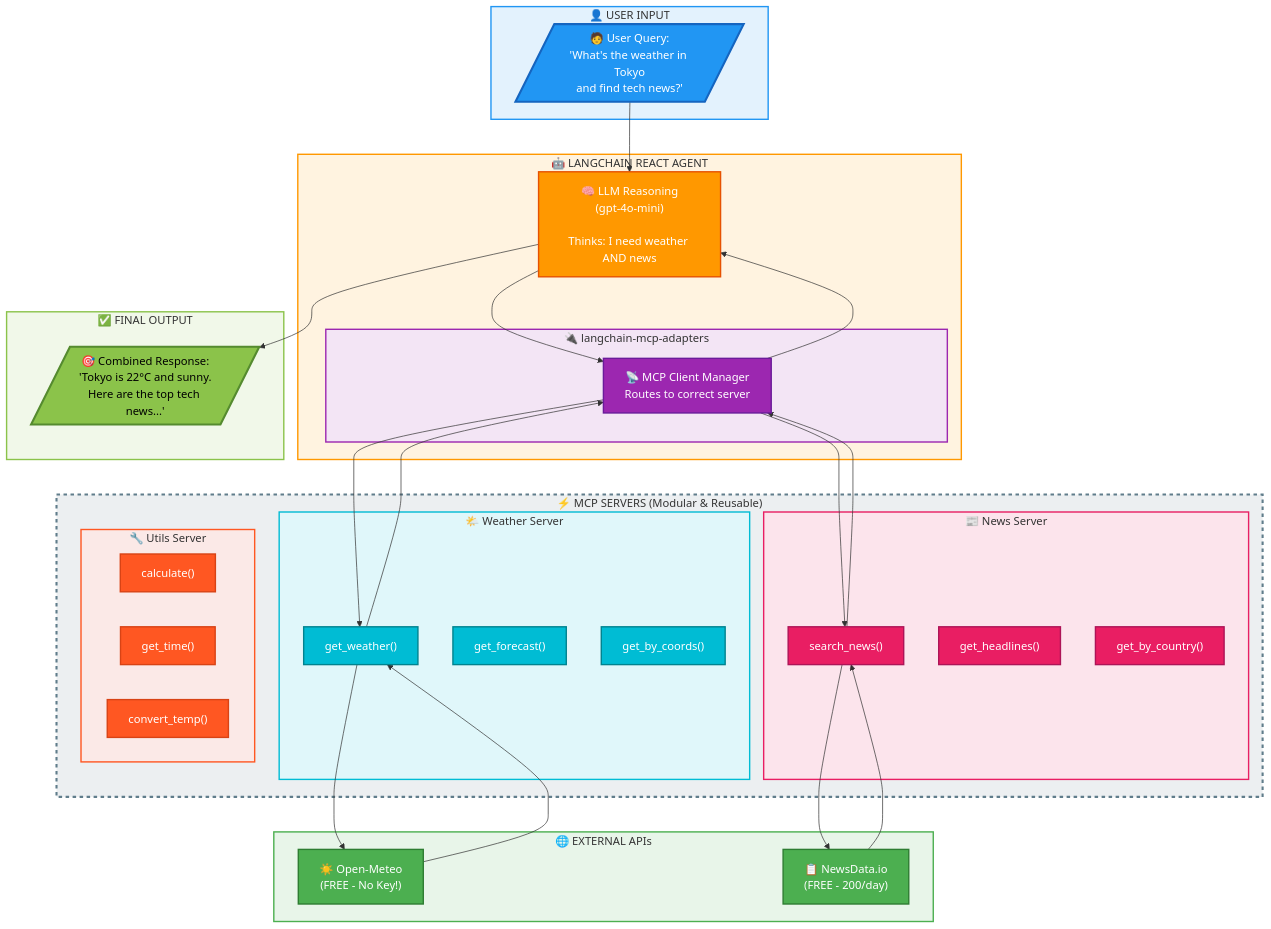
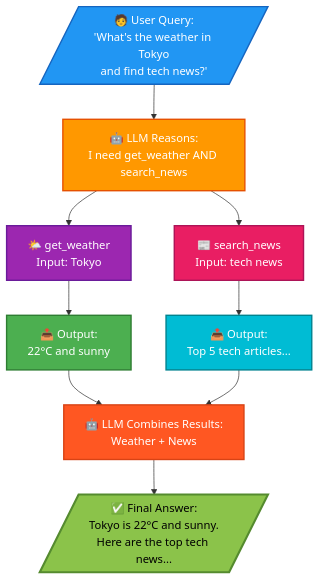
The diagram in langChain_MCP/README.md (premkumarkora/LangChain), drawn with Mermaid before and after one commit. The commit also changed other lines of this file, not shown here.

````diff
--- a/langChain_MCP/README.md
+++ b/langChain_MCP/README.md
@@ -293,89 +293,29 @@
 ```mermaid
 flowchart TD
-    subgraph USER["👤 USER INPUT"]
-        A[/"🧑 User Query:<br/>'What's the weather in Tokyo<br/>and find tech news?'"/]
-    end
-
-    subgraph AGENT["🤖 LANGCHAIN REACT AGENT"]
-        B["🧠 LLM Reasoning<br/>(gpt-4o-mini)<br/><br/>Thinks: I need weather AND news"]
-
-        subgraph ADAPTER["🔌 langchain-mcp-adapters"]
-            C["📡 MCP Client Manager<br/>Routes to correct server"]
-        end
-    end
-
-    subgraph SERVERS["⚡ MCP SERVERS (Modular & Reusable)"]
-        subgraph WEATHER["🌤️ Weather Server"]
-            D1["get_weather()"]
-            D2["get_forecast()"]
-            D3["get_by_coords()"]
-        end
-
-        subgraph NEWS["📰 News Server"]
-            E1["search_news()"]
-            E2["get_headlines()"]
-            E3["get_by_country()"]
-        end
-
-        subgraph UTILS["🔧 Utils Server"]
-            F1["calculate()"]
-            F2["get_time()"]
-            F3["convert_temp()"]
-        end
-    end
-
-    subgraph APIS["🌐 EXTERNAL APIs"]
-        G["☀️ Open-Meteo<br/>(FREE - No Key!)"]
-        H["📋 NewsData.io<br/>(FREE - 200/day)"]
-    end
-
-    subgraph OUTPUT["✅ FINAL OUTPUT"]
-        I[/"🎯 Combined Response:<br/>'Tokyo is 22°C and sunny.<br/>Here are the top tech news...'"/]
-    end
+    A[/"🧑 User Query:<br/>'What's the weather in Tokyo<br/>and find tech news?'"/]
+    B["🤖 LLM Reasons:<br/>I need get_weather AND search_news"]
+    C["🌤️ get_weather<br/>Input: Tokyo"]
+    D["📰 search_news<br/>Input: tech news"]
+    E["📤 Output:<br/>22°C and sunny"]
+    F["📤 Output:<br/>Top 5 tech articles..."]
+    G["🤖 LLM Combines Results:<br/>Weather + News"]
+    H[/"✅ Final Answer:<br/>Tokyo is 22°C and sunny.<br/>Here are the top tech news..."/]
 
     A --> B
     B --> C
-    C --> D1
-    C --> E1
-    D1 --> G
-    E1 --> H
-    G --> D1
-    H --> E1
-    D1 --> C
-    E1 --> C
-    C --> B
-    B --> I
+    B --> D
+    C --> E
+    D --> F
+    E --> G
+    F --> G
+    G --> H
 
-    %% Vibrant Colors
-    style A fill:#2196F3,stroke:#1565C0,stroke-width:3px,color:#fff
+    style A fill:#2196F3,stroke:#1565C0,stroke-width:2px,color:#fff
     style B fill:#FF9800,stroke:#E65100,stroke-width:2px,color:#fff
     style C fill:#9C27B0,stroke:#6A1B9A,stroke-width:2px,color:#fff
-
-    style D1 fill:#00BCD4,stroke:#00838F,stroke-width:2px,color:#fff
-    style D2 fill:#00BCD4,stroke:#00838F,stroke-width:2px,color:#fff
-    style D3 fill:#00BCD4,stroke:#00838F,stroke-width:2px,color:#fff
-
-    style E1 fill:#E91E63,stroke:#AD1457,stroke-width:2px,color:#fff
-    style E2 fill:#E91E63,stroke:#AD1457,stroke-width:2px,color:#fff
-    style E3 fill:#E91E63,stroke:#AD1457,stroke-width:2px,color:#fff
-
-    style F1 fill:#FF5722,stroke:#D84315,stroke-width:2px,color:#fff
-    style F2 fill:#FF5722,stroke:#D84315,stroke-width:2px,color:#fff
-    style F3 fill:#FF5722,stroke:#D84315,stroke-width:2px,color:#fff
-
-    style G fill:#4CAF50,stroke:#2E7D32,stroke-width:2px,color:#fff
-    style H fill:#4CAF50,stroke:#2E7D32,stroke-width:2px,color:#fff
-
-    style I fill:#8BC34A,stroke:#558B2F,stroke-width:3px,color:#000
-
-    %% Subgraph Styles
-    style USER fill:#E3F2FD,stroke:#2196F3,stroke-width:2px
-    style AGENT fill:#FFF3E0,stroke:#FF9800,stroke-width:2px
-    style ADAPTER fill:#F3E5F5,stroke:#9C27B0,stroke-width:2px
-    style SERVERS fill:#ECEFF1,stroke:#607D8B,stroke-width:3px,stroke-dasharray: 5 5
-    style WEATHER fill:#E0F7FA,stroke:#00BCD4,stroke-width:2px
-    style NEWS fill:#FCE4EC,stroke:#E91E63,stroke-width:2px
-    style UTILS fill:#FBE9E7,stroke:#FF5722,stroke-width:2px
-    style APIS fill:#E8F5E9,stroke:#4CAF50,stroke-width:2px
-    style OUTPUT fill:#F1F8E9,stroke:#8BC34A,stroke-width:2px
+    style D fill:#E91E63,stroke:#AD1457,stroke-width:2px,color:#fff
+    style E fill:#4CAF50,stroke:#2E7D32,stroke-width:2px,color:#fff
+    style F fill:#00BCD4,stroke:#00838F,stroke-width:2px,color:#fff
+    style G fill:#FF5722,stroke:#D84315,stroke-width:2px,color:#fff
+    style H fill:#8BC34A,stroke:#558B2F,stroke-width:3px,color:#000
 ```
````
